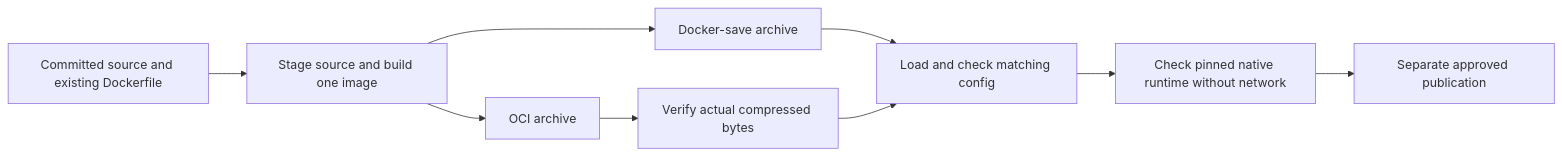
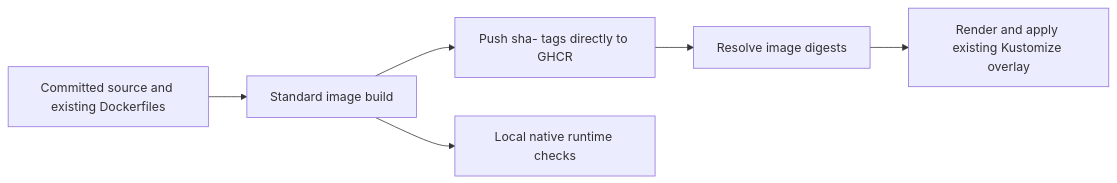
One commit to sabbour/agentweaver changed the sixth of 6 diagrams in docs/architecture/agenthost.md. Above: the diagram before and after it, drawn with Mermaid. The commit also changed other lines of this file and 134 other files, not shown here.

````diff
--- a/docs/architecture/agenthost.md
+++ b/docs/architecture/agenthost.md
@@ -691,11 +687,8 @@
 ```mermaid
 flowchart LR
-    Source["Committed source and existing Dockerfile"] --> Build["Stage source and build one image"]
-    Build --> Saved["Docker-save archive"]
-    Build --> OCI["OCI archive"]
-    OCI --> Measure["Verify actual compressed bytes"]
-    Saved --> Load["Load and check matching config"]
-    Measure --> Load
-    Load --> Runtime["Check pinned native runtime without network"]
-    Runtime --> Publish["Separate approved publication"]
+    Source["Committed source and existing Dockerfiles"] --> Build["Standard image build"]
+    Build --> Push["Push sha-<commit> tags directly to GHCR"]
+    Push --> Digest["Resolve image digests"]
+    Digest --> Deploy["Render and apply existing Kustomize overlay"]
+    Build --> Runtime["Local native runtime checks"]
 ```
````
